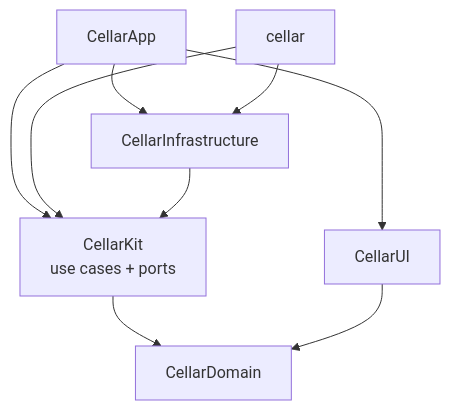
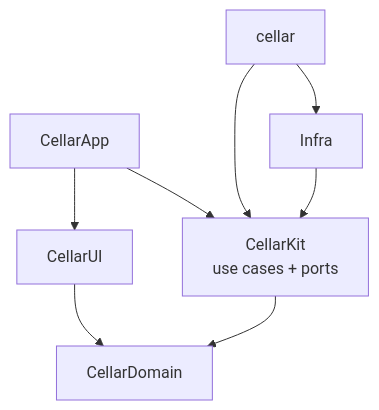
One commit to Echarnus/Cellar changed the fifth of 5 diagrams in docs/APP-ARCHITECTURE.md. Above: the diagram before and after it, drawn with Mermaid. The commit also changed other lines of this file and 9 other files, not shown here.

````diff
--- a/docs/APP-ARCHITECTURE.md
+++ b/docs/APP-ARCHITECTURE.md
@@ -375,11 +375,10 @@
 ```mermaid
 flowchart TD
-    App[CellarApp] --> Infra[CellarInfrastructure]
-    App --> Kit[CellarKit<br/>use cases + ports]
+    App[CellarApp] --> Kit[CellarKit<br/>use cases + ports]
     App --> UI[CellarUI]
     CLI[cellar] --> Infra
     CLI --> Kit
     Infra --> Kit
     Kit --> Domain[CellarDomain]
     UI --> Domain
 ```
````
